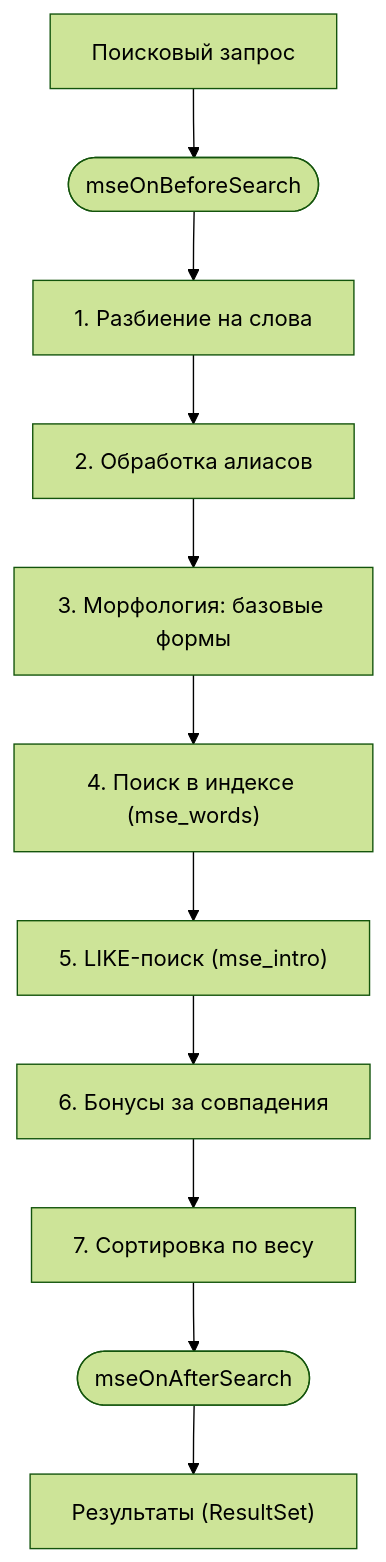
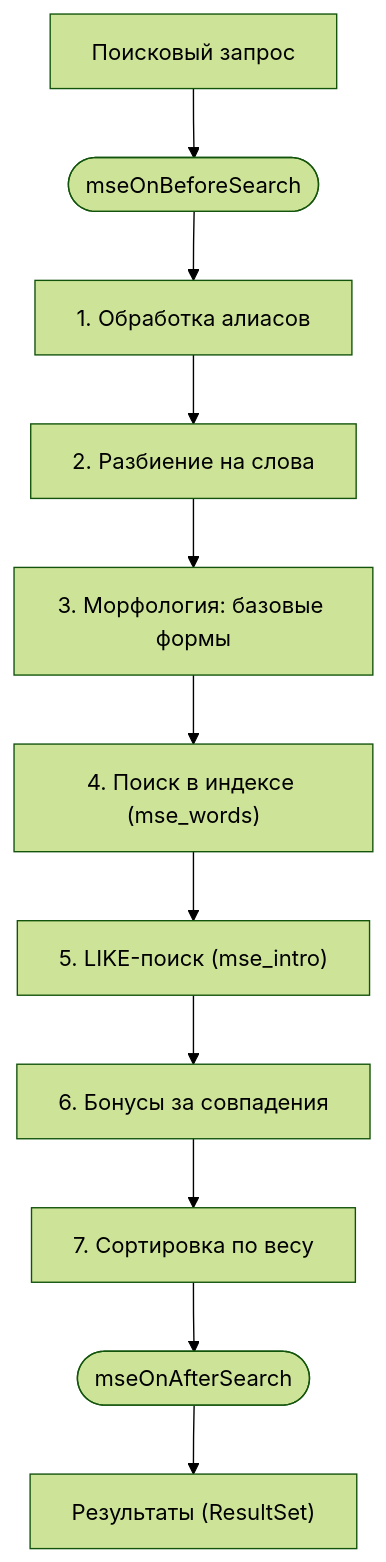
The diagram in docs/components/msearch/interface/search.md (modx-pro/Docs), drawn with Mermaid (forest theme) before and after one commit. The commit also changed other lines of this file and 10 other files, not shown here.

````diff
--- a/docs/components/msearch/interface/search.md
+++ b/docs/components/msearch/interface/search.md
@@ -49,13 +49,13 @@
 ```mermaid
 flowchart TB
   Q["Поисковый запрос"] --> BE(["mseOnBeforeSearch"])
-  BE --> S1["1. Разбиение на слова"]
-  S1 --> S2["2. Обработка алиасов"]
+  BE --> S1["1. Обработка алиасов"]
+  S1 --> S2["2. Разбиение на слова"]
   S2 --> S3["3. Морфология: базовые формы"]
   S3 --> S4["4. Поиск в индексе (mse_words)"]
   S4 --> S5["5. LIKE-поиск (mse_intro)"]
   S5 --> S6["6. Бонусы за совпадения"]
   S6 --> S7["7. Сортировка по весу"]
   S7 --> AE(["mseOnAfterSearch"])
   AE --> R["Результаты (ResultSet)"]
 ```
````
